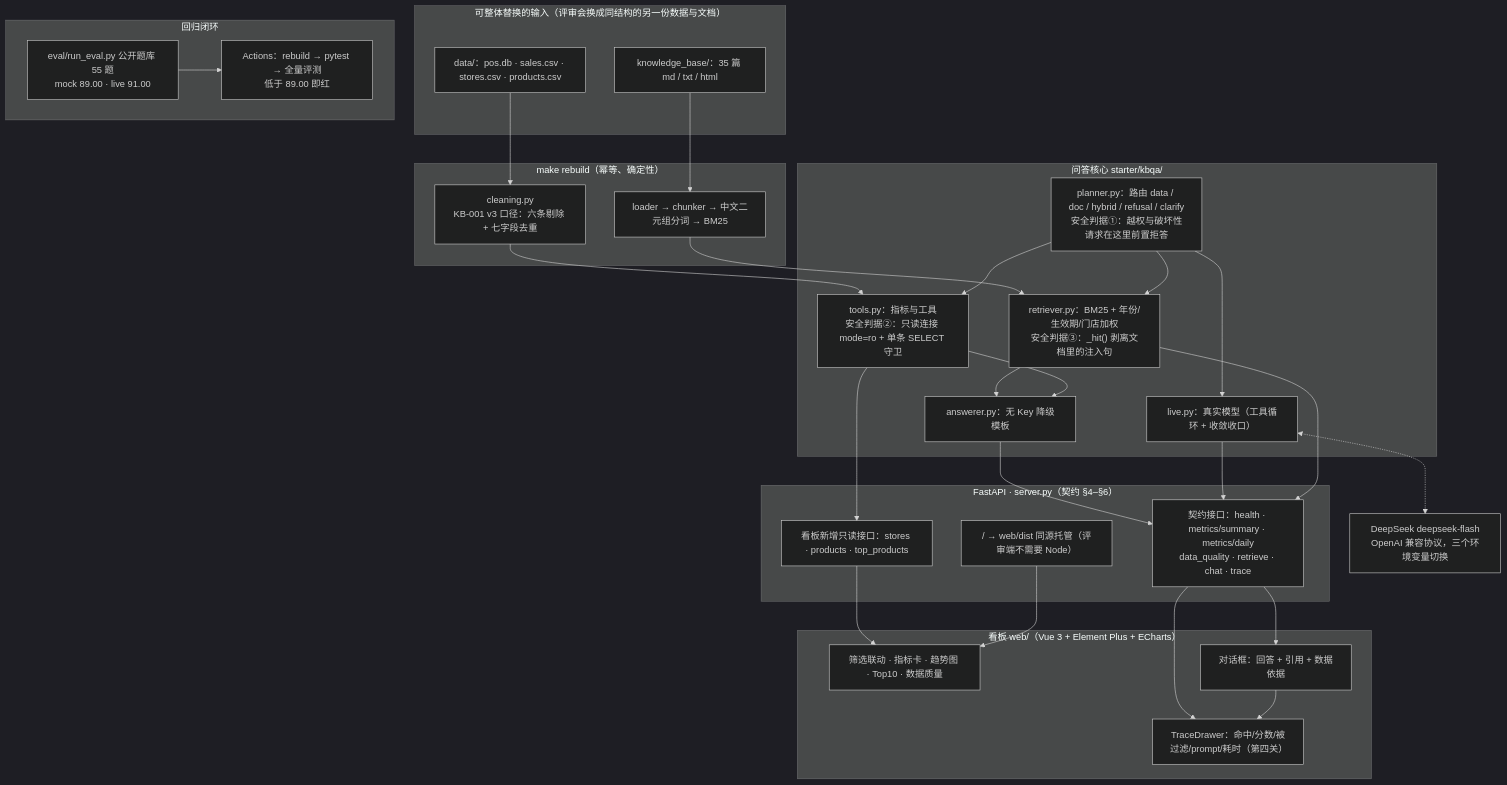
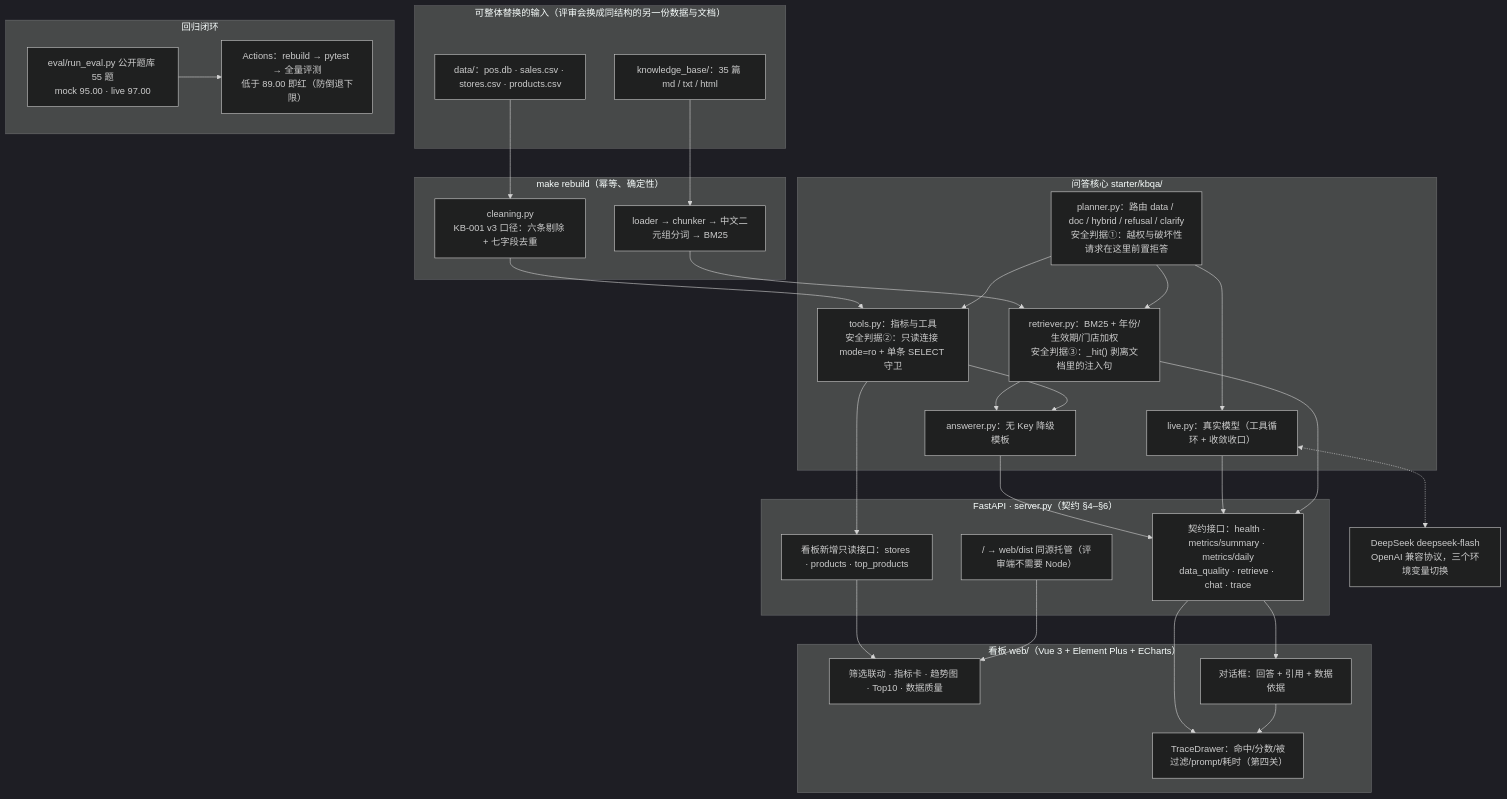
The diagram in README.md (JamesHa0/moneki-ai-takehome), drawn with Mermaid (dark theme) before and after one commit. The commit also changed other lines of this file, not shown here.

First line of the commit message:
docs(readme): §五 当前状态更新到交付态，架构图分数同步

````diff
--- a/README.md
+++ b/README.md
@@ -57,58 +57,58 @@
 ```mermaid
 flowchart TB
   subgraph SRC["可整体替换的输入（评审会换成同结构的另一份数据与文档）"]
     D["data/：pos.db · sales.csv · stores.csv · products.csv"]
     K["knowledge_base/：35 篇 md / txt / html"]
   end
 
   subgraph REBUILD["make rebuild（幂等、确定性）"]
     CL["cleaning.py<br/>KB-001 v3 口径：六条剔除 + 七字段去重"]
     IX["loader → chunker → 中文二元组分词 → BM25"]
   end
 
   subgraph CORE["问答核心 starter/kbqa/"]
     PL["planner.py：路由 data / doc / hybrid / refusal / clarify<br/>安全判据①：越权与破坏性请求在这里前置拒答"]
     TL["tools.py：指标与工具<br/>安全判据②：只读连接 mode=ro + 单条 SELECT 守卫"]
     RT["retriever.py：BM25 + 年份/生效期/门店加权<br/>安全判据③：_hit() 剥离文档里的注入句"]
     AN["answerer.py：无 Key 降级模板"]
     LV["live.py：真实模型（工具循环 + 收敛收口）"]
   end
 
   subgraph SRV["FastAPI · server.py（契约 §4–§6）"]
     EP["契约接口：health · metrics/summary · metrics/daily<br/>data_quality · retrieve · chat · trace"]
     DP["看板新增只读接口：stores · products · top_products"]
     ST["/ → web/dist 同源托管（评审端不需要 Node）"]
   end
 
   subgraph UI["看板 web/（Vue 3 + Element Plus + ECharts）"]
     BD["筛选联动 · 指标卡 · 趋势图 · Top10 · 数据质量"]
     CP["对话框：回答 + 引用 + 数据依据"]
     TD["TraceDrawer：命中/分数/被过滤/prompt/耗时（第四关）"]
   end
 
   subgraph QA["回归闭环"]
-    EV["eval/run_eval.py 公开题库 55 题<br/>mock 89.00 · live 91.00"]
-    CI["Actions：rebuild → pytest → 全量评测<br/>低于 89.00 即红"]
+    EV["eval/run_eval.py 公开题库 55 题<br/>mock 95.00 · live 97.00"]
+    CI["Actions：rebuild → pytest → 全量评测<br/>低于 89.00 即红（防倒退下限）"]
   end
 
   LLM["DeepSeek deepseek-flash<br/>OpenAI 兼容协议，三个环境变量切换"]
 
   D --> CL --> TL
   K --> IX --> RT
   PL --> TL
   PL --> RT
   RT --> AN
   TL --> AN
   PL --> LV
   LV <-.-> LLM
   AN --> EP
   LV --> EP
   RT --> EP
   TL --> DP
   DP --> BD
   EP --> CP
   EP --> TD
   ST --> BD
   CP --> TD
   EV --> CI
 ```
````
